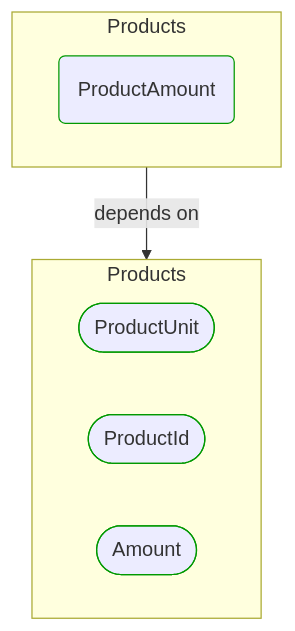
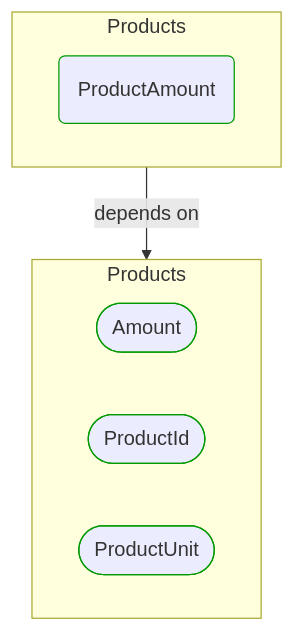
One commit to itlibrium/DDD-starter-dotnet changed the first of 2 diagrams in Docs/P3/MermaidOutput/BuildingBlocks/Sales/Products/ProductAmount.md. Above: the diagram before and after it, drawn with Mermaid. The commit also changed 78 other files, not shown here.

````diff
--- a/Docs/P3/MermaidOutput/BuildingBlocks/Sales/Products/ProductAmount.md
+++ b/Docs/P3/MermaidOutput/BuildingBlocks/Sales/Products/ProductAmount.md
@@ -18,19 +18,19 @@
 ```mermaid
   flowchart TB
     subgraph 0["Products"]
       1(ProductAmount)
       class 1 DomainPerspective
     end
     subgraph 2["Products"]
-      3([ProductUnit])
+      3([Amount])
       class 3 DomainPerspective
       4([ProductId])
       class 4 DomainPerspective
-      5([Amount])
+      5([ProductUnit])
       class 5 DomainPerspective
     end
     0-->|depends on|2
     classDef DomainPerspective stroke:#009900
     classDef TechnologyPerspective stroke:#1F41EB
     classDef PeoplePerspective stroke:#FFF014
 ```
````
